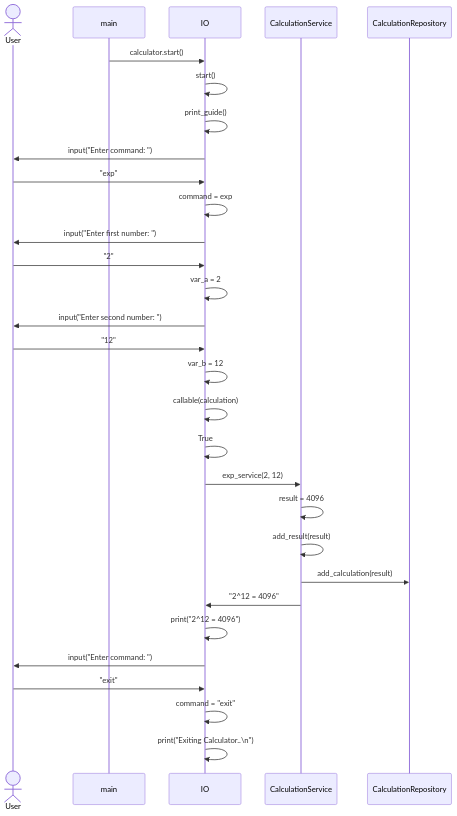
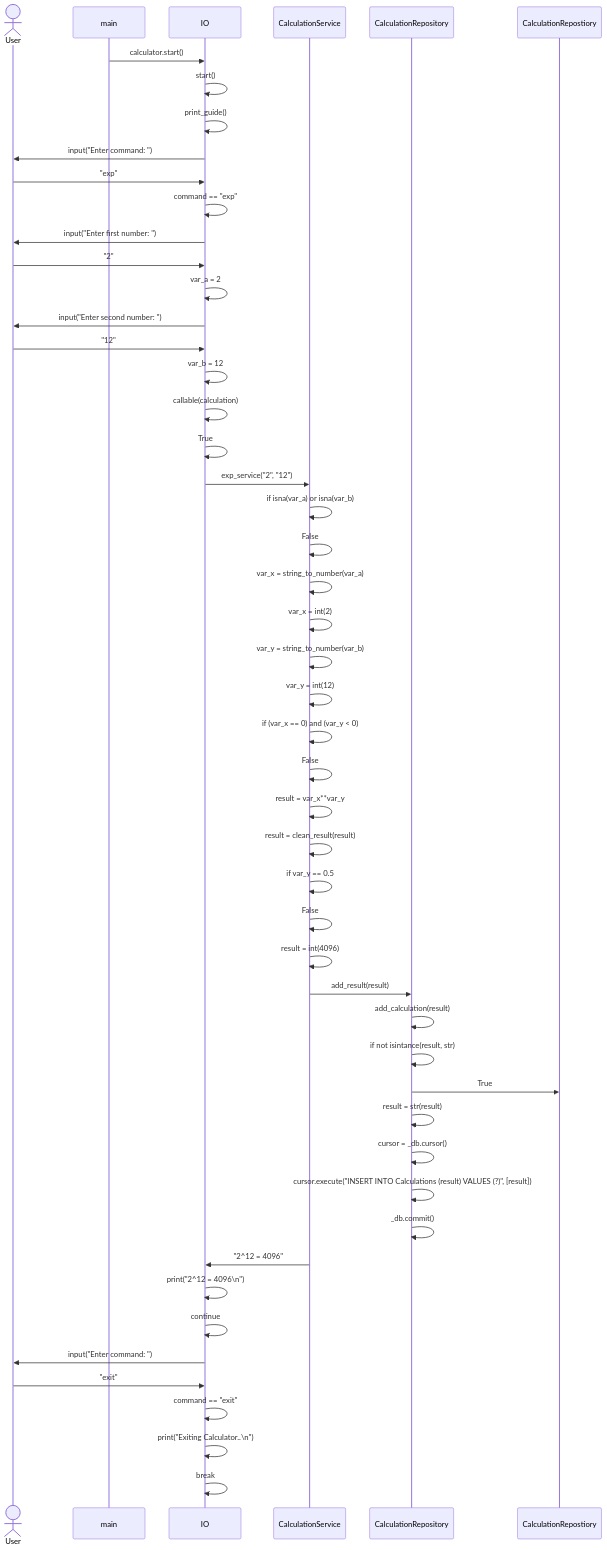
Before and after one commit to n0spoon/ot-harjoitustyo: the second of 3 diagrams in dokumentaatio/arkkitehtuuri.md, drawn with Mermaid. The commit also changed other lines of this file, not shown here.

Commit message:
Fixed the first sequence diagram and made a second one

````diff
--- a/dokumentaatio/arkkitehtuuri.md
+++ b/dokumentaatio/arkkitehtuuri.md
@@ -59,28 +59,48 @@
 ```mermaid
  sequenceDiagram
      actor User
      main->>IO: calculator.start()
      IO->>IO: start()
      IO->>IO: print_guide()
      IO->>User: input("Enter command: ")
      User->>IO: "exp"
-     IO->>IO: command = exp
+     IO->>IO: command == "exp"
      IO->>User: input("Enter first number: ")
      User->>IO: "2"
      IO->>IO: var_a = 2
      IO->>User: input("Enter second number: ")
      User->>IO: "12"
      IO->>IO: var_b = 12
      IO->>IO: callable(calculation)
      IO->>IO: True
-     IO->>CalculationService: exp_service(2, 12)
-     CalculationService->>CalculationService: result = 4096
-     CalculationService->>CalculationService: add_result(result)
-     CalculationService->>CalculationRepository: add_calculation(result) 
+     IO->>CalculationService: exp_service("2", "12")
+     CalculationService->>CalculationService: if isna(var_a) or isna(var_b)
+     CalculationService->>CalculationService: False
+     CalculationService->>CalculationService: var_x = string_to_number(var_a)
+     CalculationService->>CalculationService: var_x = int(2)
+     CalculationService->>CalculationService: var_y = string_to_number(var_b)
+     CalculationService->>CalculationService: var_y = int(12)
+     CalculationService->>CalculationService: if (var_x == 0) and (var_y < 0)
+     CalculationService->>CalculationService: False
+     CalculationService->>CalculationService: result = var_x**var_y
+     CalculationService->>CalculationService: result = clean_result(result)
+     CalculationService->>CalculationService: if var_y == 0.5
+     CalculationService->>CalculationService: False
+     CalculationService->>CalculationService: result = int(4096)
+     CalculationService->>CalculationRepository: add_result(result)
+     CalculationRepository->>CalculationRepository: add_calculation(result)
+     CalculationRepository->>CalculationRepository: if not isintance(result, str)
+     CalculationRepository->>CalculationRepostiory: True
+     CalculationRepository->>CalculationRepository: result = str(result)
+     CalculationRepository->>CalculationRepository: cursor = _db.cursor()
+     CalculationRepository->>CalculationRepository: cursor.execute("INSERT INTO Calculations (result) VALUES (?)", [result])
+     CalculationRepository->>CalculationRepository: _db.commit()
      CalculationService->>IO: "2^12 = 4096"
-     IO->>IO: print("2^12 = 4096")
+     IO->>IO: print("2^12 = 4096\n")
+     IO->>IO: continue
      IO->>User: input("Enter command: ")
      User->>IO: "exit"
-     IO->>IO: command = "exit"
+     IO->>IO: command == "exit"
      IO->>IO: print("Exiting Calculator..\n")
+     IO->>IO: break
 ```
````
